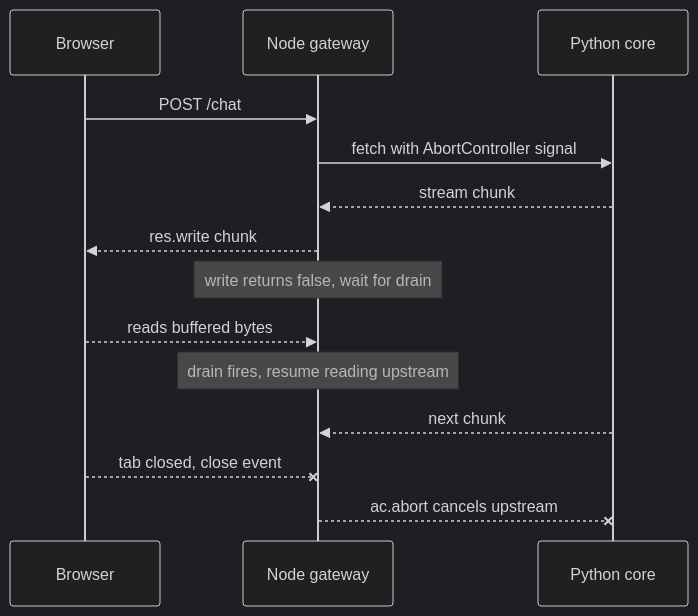
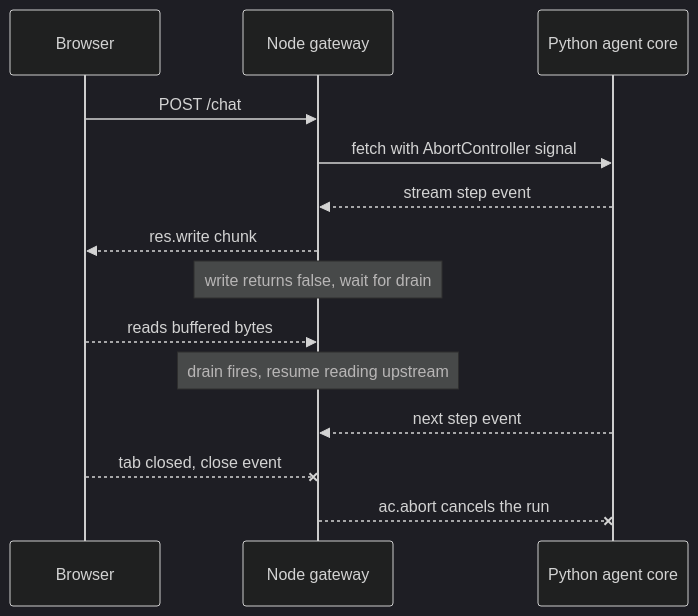
The diagram in content/backend-fundamentals/node-js-typescript.md (lovishmahajan97/agentic-learning), drawn with Mermaid (dark theme) before and after one commit. The commit also changed other lines of this file and 485 other files, not shown here.

````diff
--- a/content/backend-fundamentals/node-js-typescript.md
+++ b/content/backend-fundamentals/node-js-typescript.md
@@ -99,16 +116,16 @@
 ```mermaid
 sequenceDiagram
     participant B as Browser
     participant G as Node gateway
-    participant P as Python core
+    participant P as Python agent core
     B->>G: POST /chat
     G->>P: fetch with AbortController signal
-    P-->>G: stream chunk
+    P-->>G: stream step event
     G-->>B: res.write chunk
     Note over G: write returns false, wait for drain
     B-->>G: reads buffered bytes
     Note over G: drain fires, resume reading upstream
-    P-->>G: next chunk
+    P-->>G: next step event
     B--xG: tab closed, close event
-    G--xP: ac.abort cancels upstream
+    G--xP: ac.abort cancels the run
 ```
````
